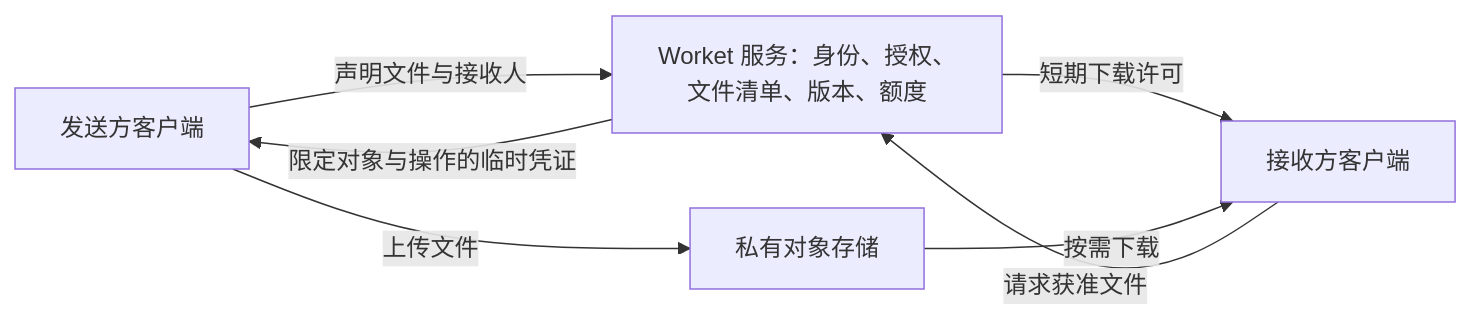
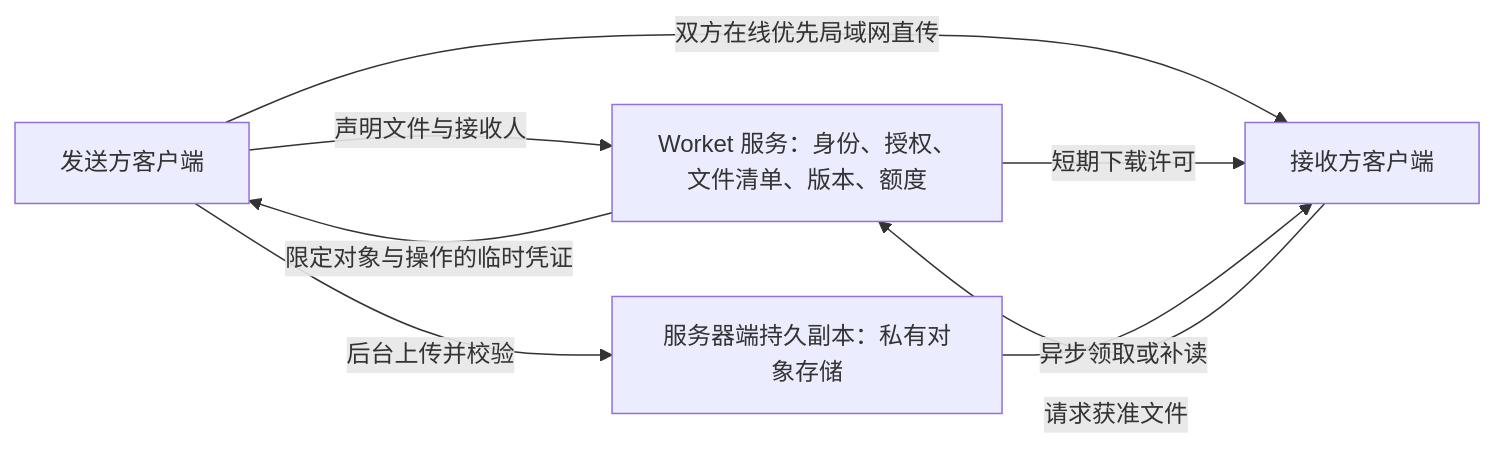
Before and after one commit to TobeALeg/worket: the second of 2 diagrams in docs/reviews/2026-09-23-work-composition-and-abstraction.md, drawn with Mermaid. The commit also changed other lines of this file and 3 other files, not shown here.

````diff
--- a/docs/reviews/2026-09-23-work-composition-and-abstraction.md
+++ b/docs/reviews/2026-09-23-work-composition-and-abstraction.md
@@ -226,9 +228,10 @@
 ```mermaid
 flowchart LR
   A[发送方客户端] -->|声明文件与接收人| S[Worket 服务：身份、授权、文件清单、版本、额度]
   S -->|限定对象与操作的临时凭证| A
-  A -->|上传文件| O[私有对象存储]
-  B[接收方客户端] -->|请求获准文件| S
+  A -->|后台上传并校验| O[服务器端持久副本：私有对象存储]
+  A -->|双方在线优先局域网直传| B[接收方客户端]
+  B -->|请求获准文件| S
   S -->|短期下载许可| B
-  O -->|按需下载| B
+  O -->|异步领取或补读| B
 ```
````
